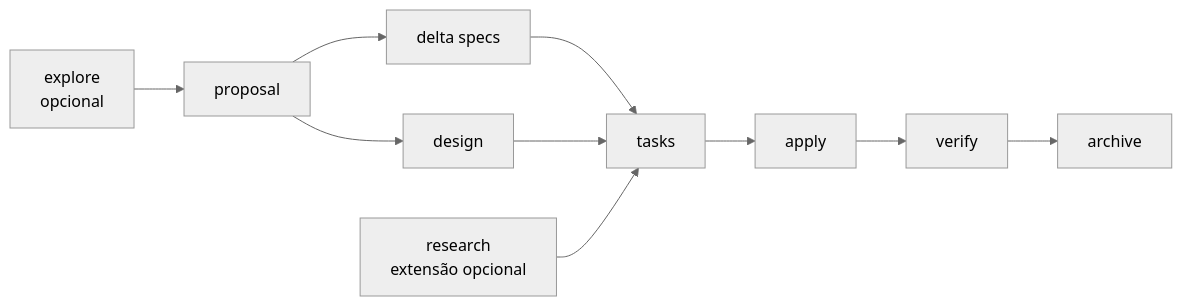
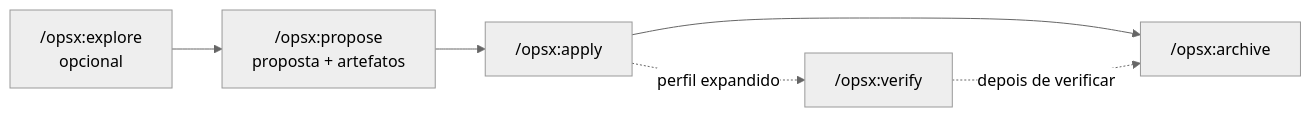
One commit to Erick-Marinho/do-zero-ao-agente changed the fourth of 4 diagrams in docs/livro/08-estudo-de-caso.md. Above: the diagram before and after it, drawn with Mermaid (neutral theme). The commit also changed other lines of this file and 13 other files, not shown here.

````diff
--- a/docs/livro/08-estudo-de-caso.md
+++ b/docs/livro/08-estudo-de-caso.md
@@ -269,12 +268,8 @@
 ```mermaid
 flowchart LR
-    E[explore<br/>opcional] --> P[proposal]
-    P --> S[delta specs]
-    P --> D[design]
-    S --> T[tasks]
-    D --> T
-    R[research<br/>extensão opcional] --> T
-    T --> A[apply]
-    A --> V[verify]
-    V --> AR[archive]
+    E["/opsx:explore<br/>opcional"] --> P["/opsx:propose<br/>proposta + artefatos"]
+    P --> A["/opsx:apply"]
+    A --> AR["/opsx:archive"]
+    A -. perfil expandido .-> V["/opsx:verify"]
+    V -. depois de verificar .-> AR
 ```
````
